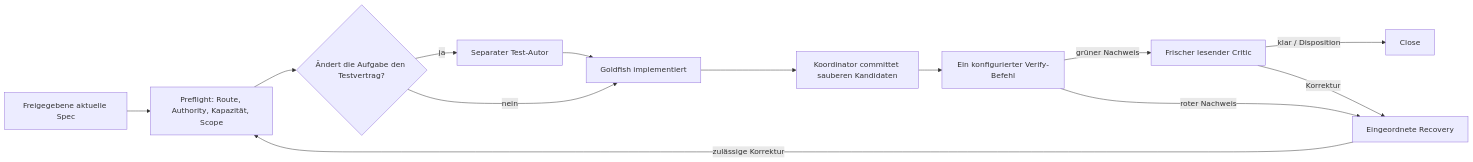
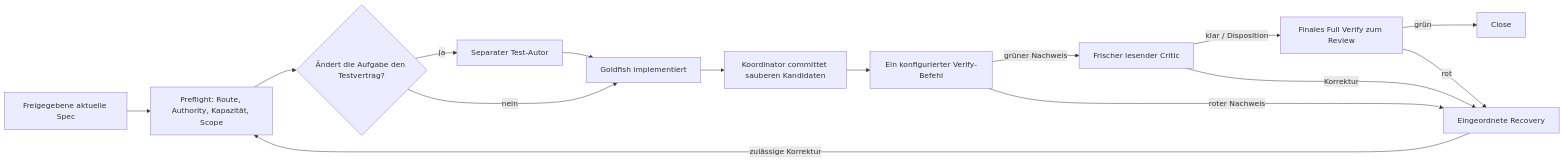
Before and after one commit to agent-pipe-shared/agent-pipeline: the second of 2 diagrams in PIPELINE_FLOW.de.md, drawn with Mermaid. The commit also changed other lines of this file and 10 other files, not shown here.

````diff
--- a/PIPELINE_FLOW.de.md
+++ b/PIPELINE_FLOW.de.md
@@ -142,15 +144,17 @@
 ```mermaid
 flowchart LR
     SP[Freigegebene aktuelle Spec] --> PF[Preflight: Route, Authority, Kapazität, Scope]
     PF --> TD{Ändert die Aufgabe den Testvertrag?}
     TD -->|ja| T[Separater Test-Autor]
     TD -->|nein| G[Goldfish implementiert]
     T --> G
     G --> CM[Koordinator committet sauberen Kandidaten]
     CM --> VE[Ein konfigurierter Verify-Befehl]
     VE -->|grüner Nachweis| CR[Frischer lesender Critic]
     VE -->|roter Nachweis| RE[Eingeordnete Recovery]
-    CR -->|klar / Disposition| CO[Close]
+    CR -->|klar / Disposition| FV[Finales Full Verify zum Review]
+    FV -->|grün| CO[Close]
+    FV -->|rot| RE
     CR -->|Korrektur| RE
     RE -->|zulässige Korrektur| PF
 ```
````
